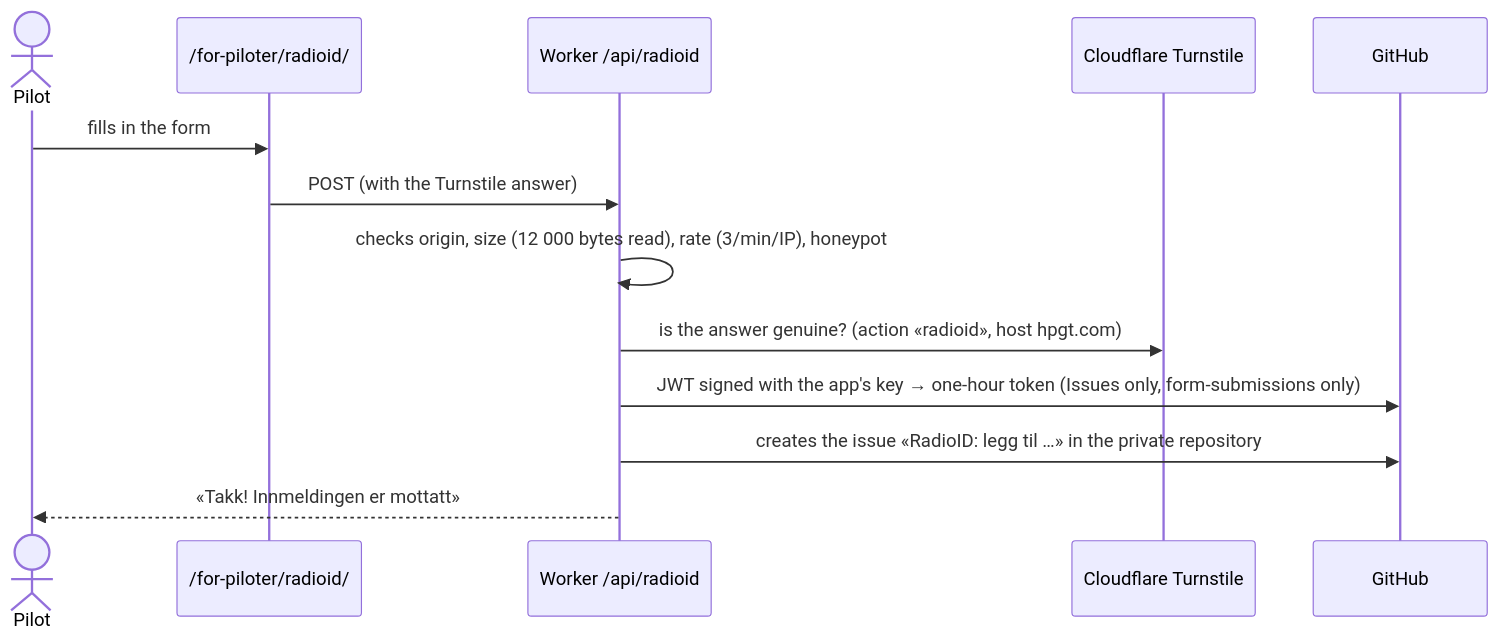
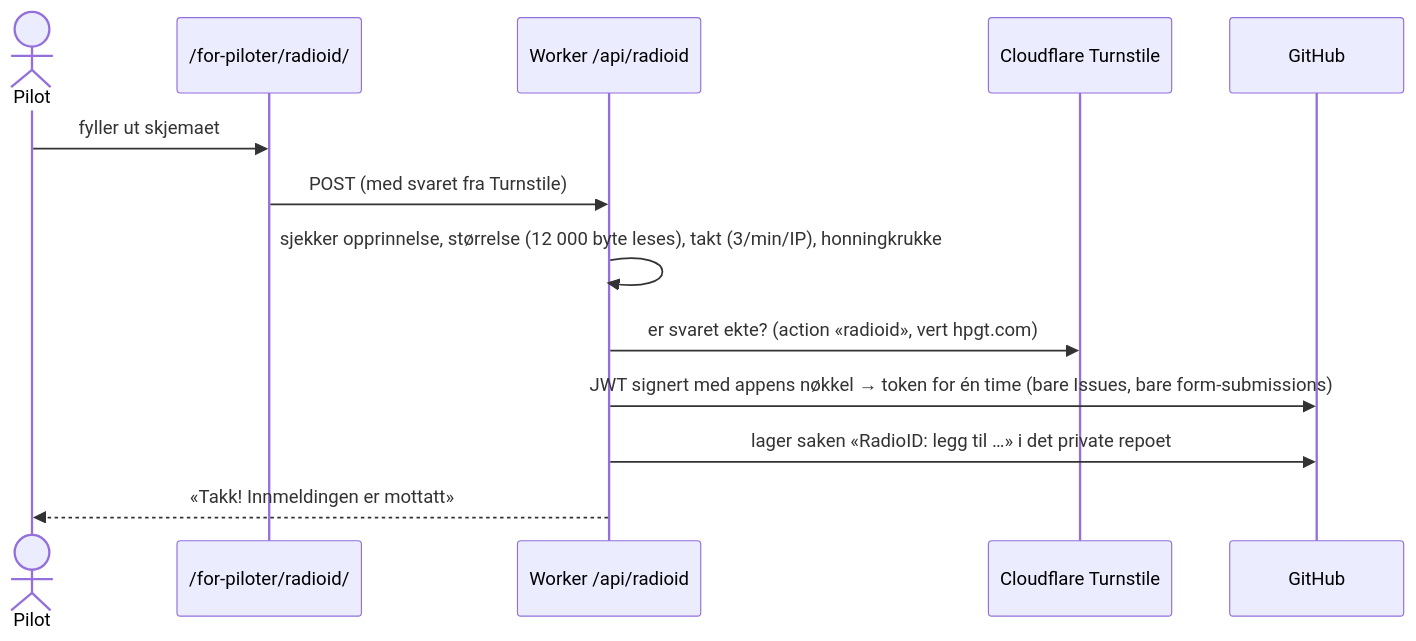
The third of 3 diagrams in docs/architecture.md (hpgt-com/hpgt-web), drawn with Mermaid before and after one commit. The commit also changed other lines of this file and 13 other files, not shown here.

````diff
--- a/docs/architecture.md
+++ b/docs/architecture.md
@@ -132,16 +142,16 @@
 ```mermaid
 sequenceDiagram
   actor Pilot
   participant Page as /for-piloter/radioid/
   participant W as Worker /api/radioid
   participant TS as Cloudflare Turnstile
   participant GH as GitHub
 
-  Pilot->>Page: fills in the form
-  Page->>W: POST (with the Turnstile answer)
-  W->>W: checks origin, size (12 000 bytes read), rate (3/min/IP), honeypot
-  W->>TS: is the answer genuine? (action «radioid», host hpgt.com)
-  W->>GH: JWT signed with the app's key → one-hour token (Issues only, form-submissions only)
-  W->>GH: creates the issue «RadioID: legg til …» in the private repository
+  Pilot->>Page: fyller ut skjemaet
+  Page->>W: POST (med svaret fra Turnstile)
+  W->>W: sjekker opprinnelse, størrelse (12 000 byte leses), takt (3/min/IP), honningkrukke
+  W->>TS: er svaret ekte? (action «radioid», vert hpgt.com)
+  W->>GH: JWT signert med appens nøkkel → token for én time (bare Issues, bare form-submissions)
+  W->>GH: lager saken «RadioID: legg til …» i det private repoet
   W-->>Pilot: «Takk! Innmeldingen er mottatt»
 ```
````
